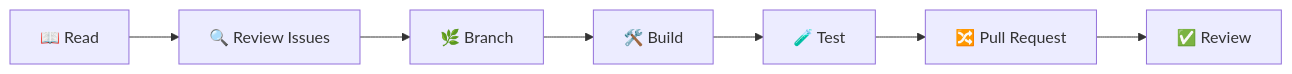
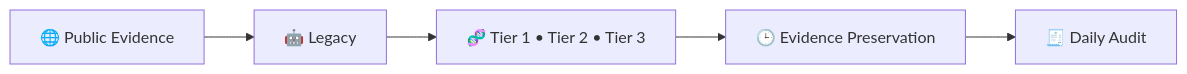
Before and after one commit to RIAHPathway/.github: the diagram in README.md, drawn with Mermaid. The commit also changed other lines of this file and 1 other file, not shown here.

````diff
--- a/README.md
+++ b/README.md
@@ -247,9 +88,7 @@
 ```mermaid
 flowchart LR
-    A["📖 Read"] --> B["🔍 Review Issues"]
-    B --> C["🌿 Branch"]
-    C --> D["🛠️ Build"]
-    D --> E["🧪 Test"]
-    E --> F["🔀 Pull Request"]
-    F --> G["✅ Review"]
+    A["🌐 Public Evidence"] --> B["🤖 Legacy"]
+    B --> C["🧬 Tier 1 • Tier 2 • Tier 3"]
+    C --> D["🕒 Evidence Preservation"]
+    D --> E["🧾 Daily Audit"]
 ```
````
